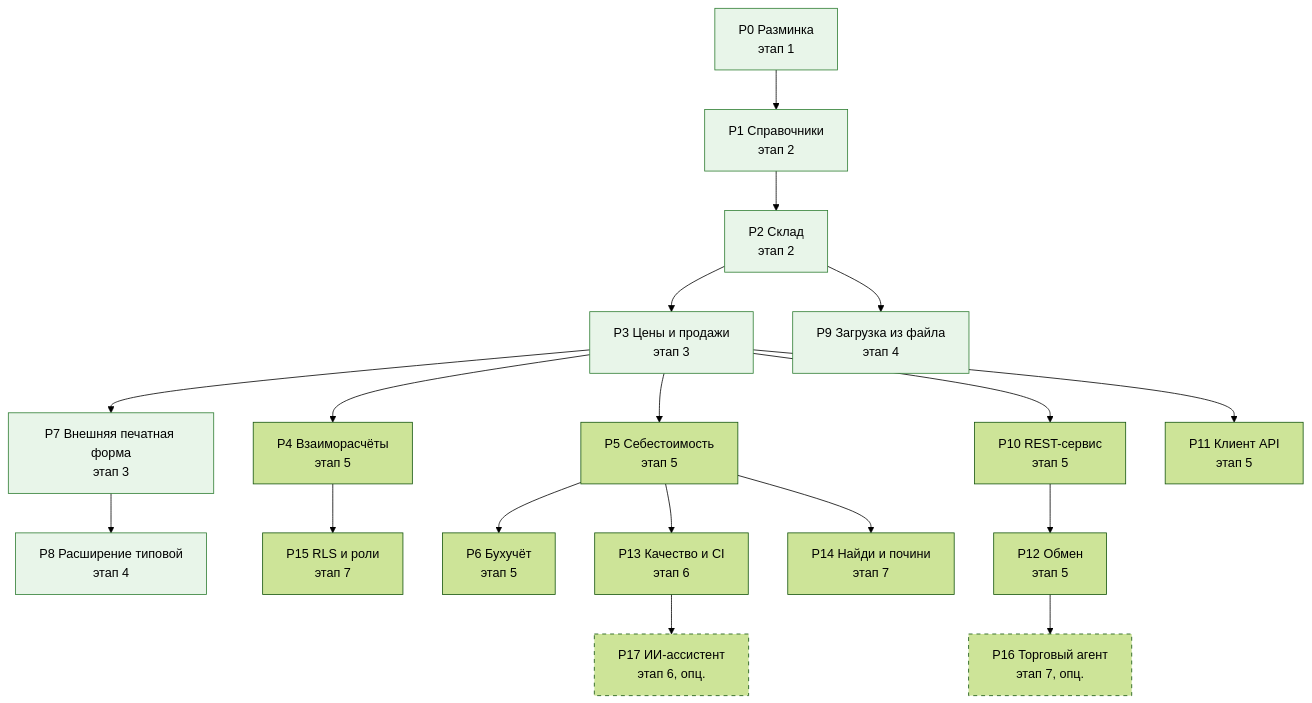
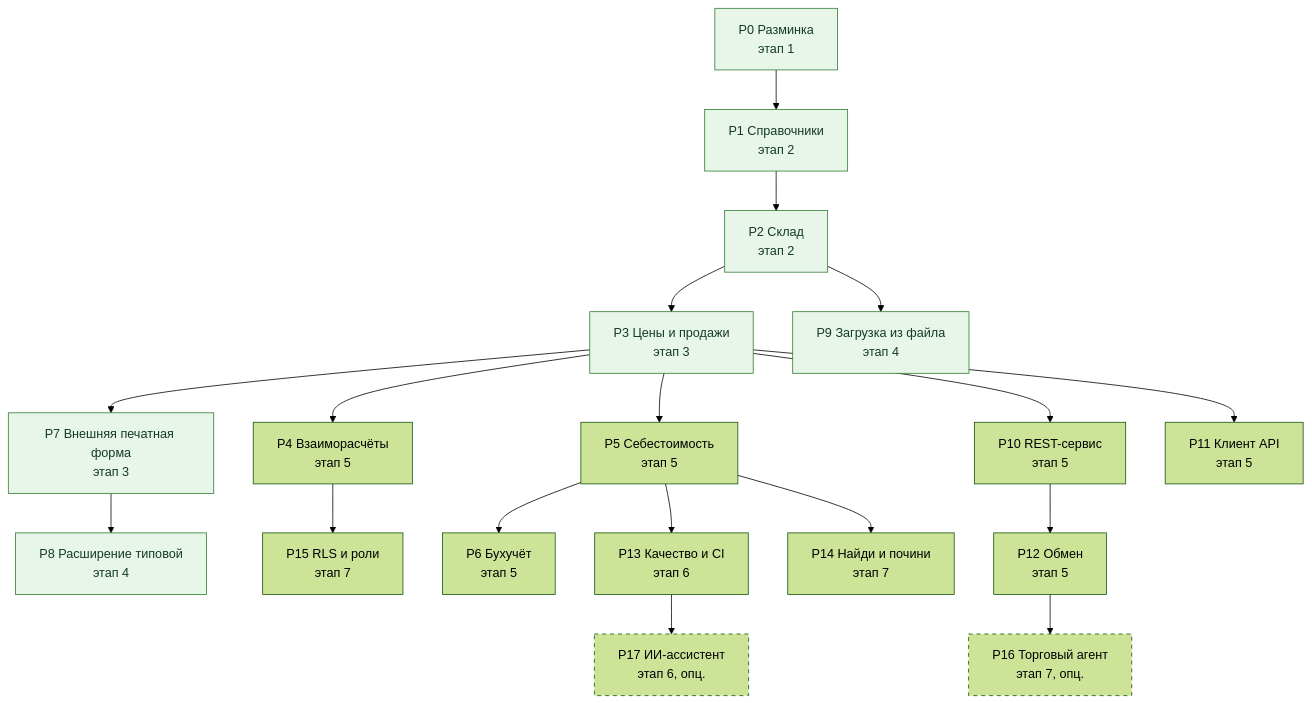
The diagram in 07_Projects.md (Kelll31/1C-Roadmap), drawn with Mermaid (forest theme) before and after one commit. The commit also changed 11 other files, not shown here.

Commit message:
feat: add search metadata and expandable Mermaid diagrams

````diff
--- a/07_Projects.md
+++ b/07_Projects.md
@@ -71,24 +71,24 @@
 ```mermaid
 flowchart TB
     P0["P0 Разминка<br/>этап 1"] --> P1["P1 Справочники<br/>этап 2"]
     P1 --> P2["P2 Склад<br/>этап 2"]
     P2 --> P3["P3 Цены и продажи<br/>этап 3"]
     P3 --> P7["P7 Внешняя печатная форма<br/>этап 3"]
     P7 --> P8["P8 Расширение типовой<br/>этап 4"]
     P2 --> P9["P9 Загрузка из файла<br/>этап 4"]
     P3 --> P4["P4 Взаиморасчёты<br/>этап 5"]
     P3 --> P5["P5 Себестоимость<br/>этап 5"]
     P5 --> P6["P6 Бухучёт<br/>этап 5"]
     P3 --> P10["P10 REST-сервис<br/>этап 5"]
     P3 --> P11["P11 Клиент API<br/>этап 5"]
     P10 --> P12["P12 Обмен<br/>этап 5"]
     P5 --> P13["P13 Качество и CI<br/>этап 6"]
     P13 --> P17["P17 ИИ-ассистент<br/>этап 6, опц."]
     P5 --> P14["P14 Найди и почини<br/>этап 7"]
     P4 --> P15["P15 RLS и роли<br/>этап 7"]
     P12 --> P16["P16 Торговый агент<br/>этап 7, опц."]
-    classDef minpath fill:#e8f5e9,stroke:#2e7d32
+    classDef minpath fill:#e8f5e9,stroke:#2e7d32,color:#143c23
     classDef optional stroke-dasharray: 5 5
     class P0,P1,P2,P3,P7,P8,P9 minpath
     class P16,P17 optional
 ```
````
